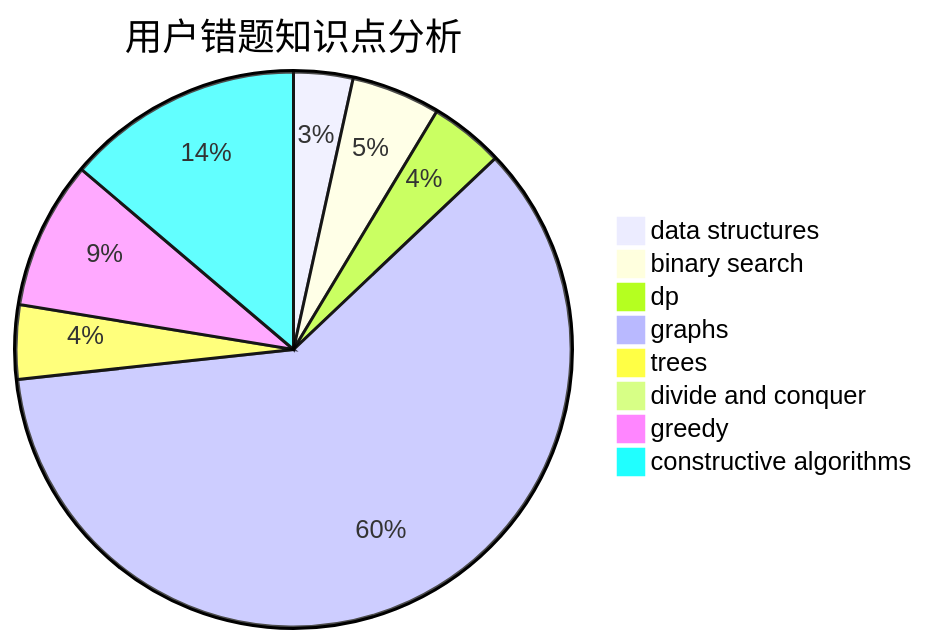
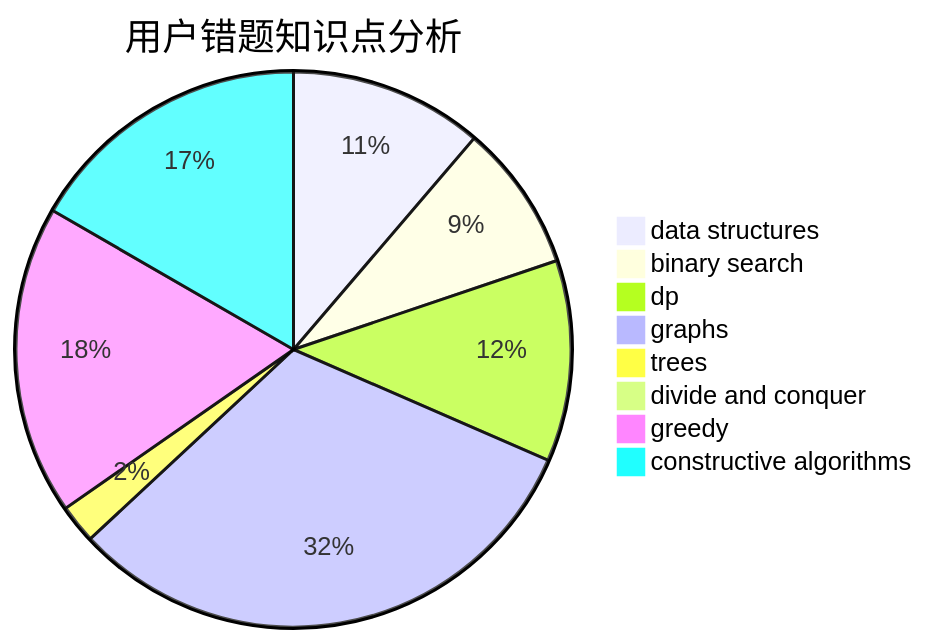
Before and after one commit to sherpahu/cfrs.github.io: the third of 3 diagrams in docs/user/u1099.md, drawn with Mermaid. The commit also changed other lines of this file and 2770 other files, not shown here.

````diff
--- a/docs/user/u1099.md
+++ b/docs/user/u1099.md
@@ -36,11 +36,11 @@
 ```mermaid
 pie title 用户错题知识点分析
-    "data structures" :  4
-    "binary search" :  6
-    "dp" :  5
+    "data structures" :  25
+    "binary search" :  19
+    "dp" :  26
     "graphs" :  70
     "trees" :  5
     "divide and conquer" :  0
-    "greedy" :  10
-    "constructive algorithms" :  16
+    "greedy" :  40
+    "constructive algorithms" :  37
 ```
````
